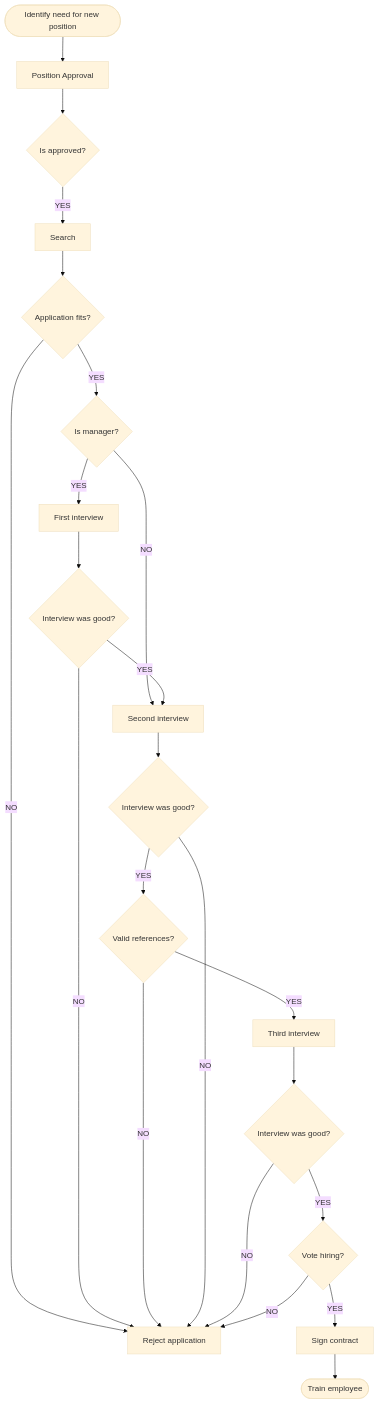
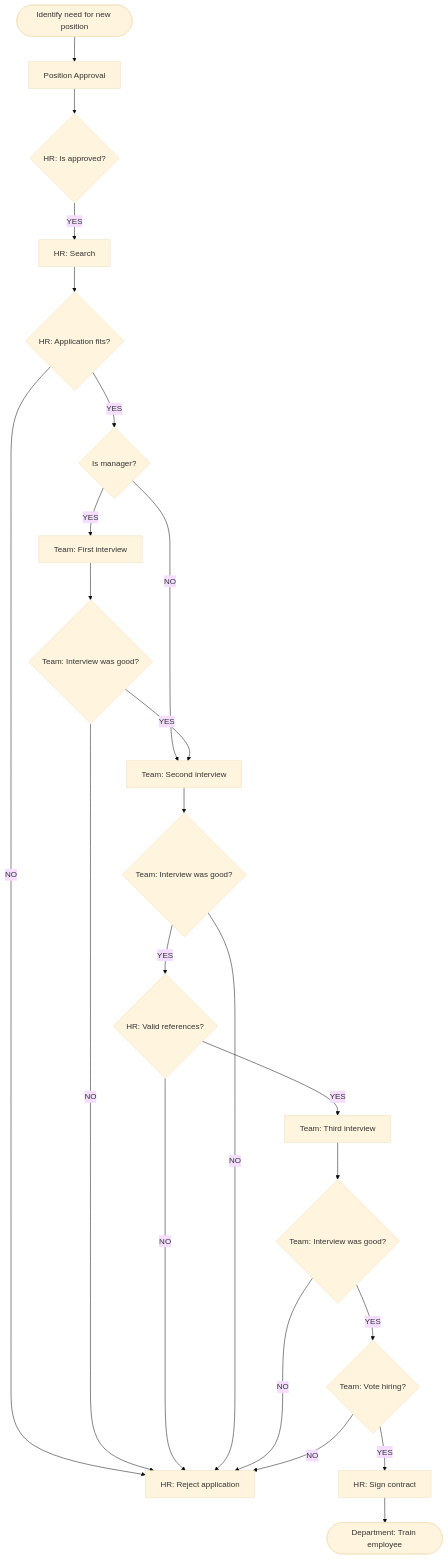
One commit to Karaka-Management/Organization-Guide changed the diagram in Processes/05_HR_Flowchart.md. Above: the diagram before and after it, drawn with Mermaid (base theme).

````diff
--- a/Processes/05_HR_Flowchart.md
+++ b/Processes/05_HR_Flowchart.md
@@ -5,25 +5,25 @@
 ```mermaid
 graph TD;
     IDENTIFY([Identify need for new position])-->APPROVAL[Position Approval];
-    APPROVAL-->APPROVAL_SEARCH{Is approved?};
-    APPROVAL_SEARCH--YES-->SEARCH[Search];
-    SEARCH-->CHECK_APPLICATION{Application fits?};
+    APPROVAL-->APPROVAL_SEARCH{HR: Is approved?};
+    APPROVAL_SEARCH--YES-->SEARCH[HR: Search];
+    SEARCH-->CHECK_APPLICATION{HR: Application fits?};
     CHECK_APPLICATION--YES-->SKIP_FIRST{Is manager?};
-    SKIP_FIRST--YES-->INTERVIEW_1[First interview];
+    SKIP_FIRST--YES-->INTERVIEW_1[Team: First interview];
     SKIP_FIRST--NO-->INTERVIEW_2;
-    CHECK_APPLICATION--NO-->REJECT[Reject application];
-    INTERVIEW_1-->CHECK_INTERVIEW_1{Interview was good?};
-    CHECK_INTERVIEW_1--YES-->INTERVIEW_2[Second interview];
+    CHECK_APPLICATION--NO-->REJECT[HR: Reject application];
+    INTERVIEW_1-->CHECK_INTERVIEW_1{Team: Interview was good?};
+    CHECK_INTERVIEW_1--YES-->INTERVIEW_2[Team: Second interview];
     CHECK_INTERVIEW_1--NO-->REJECT;
-    INTERVIEW_2-->CHECK_INTERVIEW_2{Interview was good?};
-    CHECK_INTERVIEW_2--YES-->CHECK_REFERENCES{Valid references?};
-    CHECK_REFERENCES--YES-->INTERVIEW_3[Third interview];
+    INTERVIEW_2-->CHECK_INTERVIEW_2{Team: Interview was good?};
+    CHECK_INTERVIEW_2--YES-->CHECK_REFERENCES{HR: Valid references?};
+    CHECK_REFERENCES--YES-->INTERVIEW_3[Team: Third interview];
     CHECK_REFERENCES--NO-->REJECT;
     CHECK_INTERVIEW_2--NO-->REJECT;
-    INTERVIEW_3-->CHECK_INTERVIEW_3{Interview was good?};
+    INTERVIEW_3-->CHECK_INTERVIEW_3{Team: Interview was good?};
     CHECK_INTERVIEW_3--NO-->REJECT;
-    CHECK_INTERVIEW_3--YES-->VOTE{Vote hiring?}
-    VOTE--YES-->SIGN_CONTRACT[Sign contract];
+    CHECK_INTERVIEW_3--YES-->VOTE{Team: Vote hiring?}
+    VOTE--YES-->SIGN_CONTRACT[HR: Sign contract];
     VOTE--NO-->REJECT
-    SIGN_CONTRACT-->TRAIN([Train employee])
+    SIGN_CONTRACT-->TRAIN([Department: Train employee])
 ```
````
